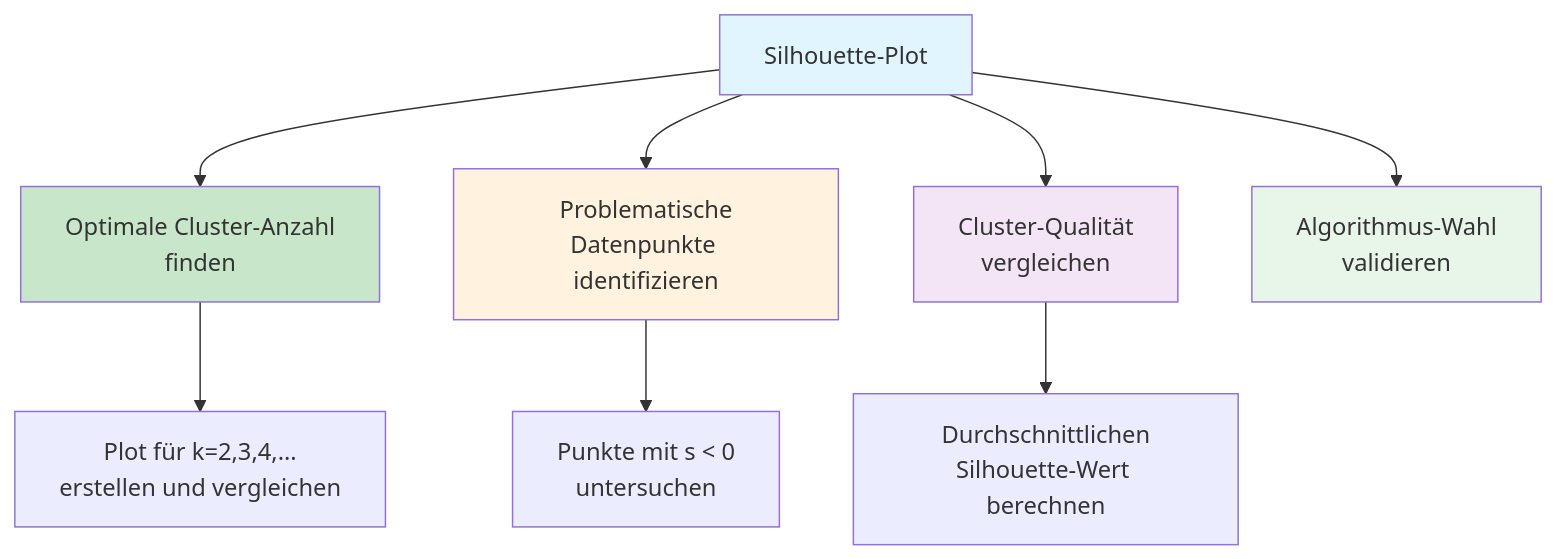
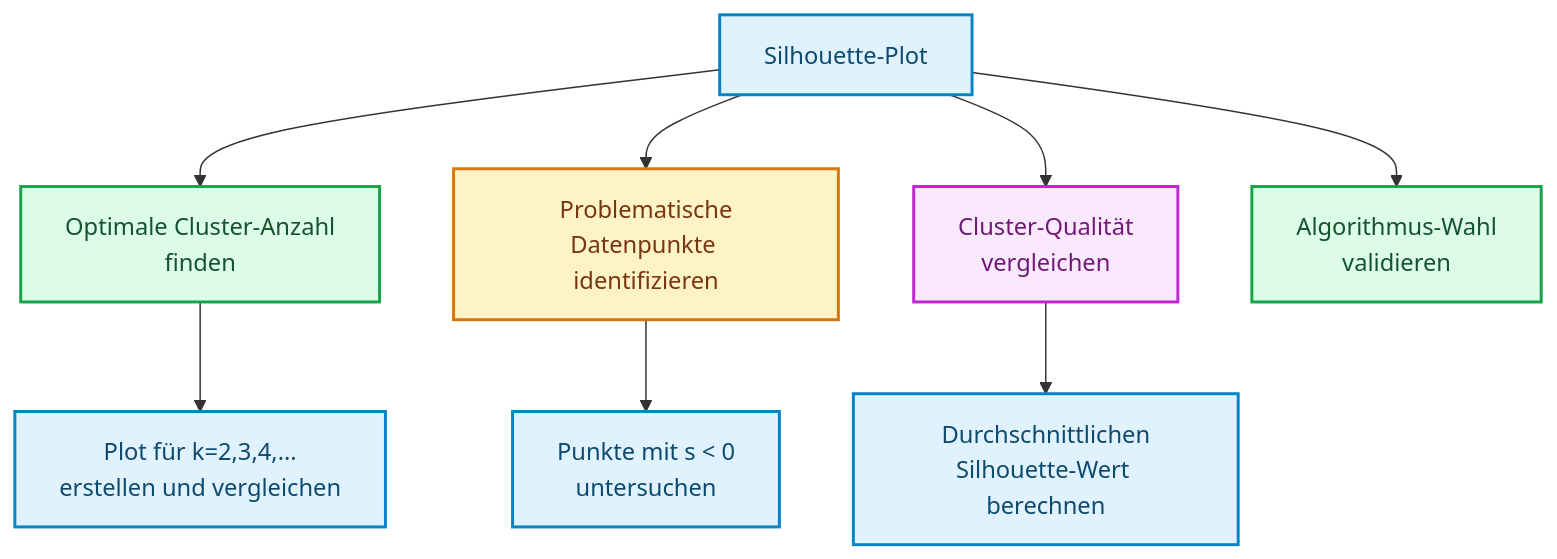
Before and after one commit to ralf-42/ML_Intro: the third of 4 diagrams in docs/concepts/evaluate/bewertung_clustering.md, drawn with Mermaid. The commit also changed other lines of this file and 67 other files, not shown here.

````diff
--- a/docs/concepts/evaluate/bewertung_clustering.md
+++ b/docs/concepts/evaluate/bewertung_clustering.md
@@ -149,17 +152,19 @@
 ```mermaid
 flowchart TD
     SP[Silhouette-Plot] --> A[Optimale Cluster-Anzahl<br/>finden]
     SP --> B[Problematische<br/>Datenpunkte identifizieren]
     SP --> C[Cluster-Qualität<br/>vergleichen]
     SP --> D[Algorithmus-Wahl<br/>validieren]
     
     A --> A1[Plot für k=2,3,4,...<br/>erstellen und vergleichen]
     B --> B1[Punkte mit s < 0<br/>untersuchen]
     C --> C1[Durchschnittlichen<br/>Silhouette-Wert berechnen]
-    
-    style SP fill:#e1f5fe
-    style A fill:#c8e6c9
-    style B fill:#fff3e0
-    style C fill:#f3e5f5
-    style D fill:#e8f5e9
+
+    classDef default fill:#e0f2fe,stroke:#0284c7,stroke-width:2px,color:#0c4a6e;
+    classDef metric fill:#fef3c7,stroke:#d97706,stroke-width:2px,color:#78350f;
+    classDef output fill:#dcfce7,stroke:#16a34a,stroke-width:2px,color:#14532d;
+    classDef target fill:#fae8ff,stroke:#c026d3,stroke-width:2px,color:#701a75;
+    class B metric;
+    class A,D output;
+    class C target;
 ```
````
